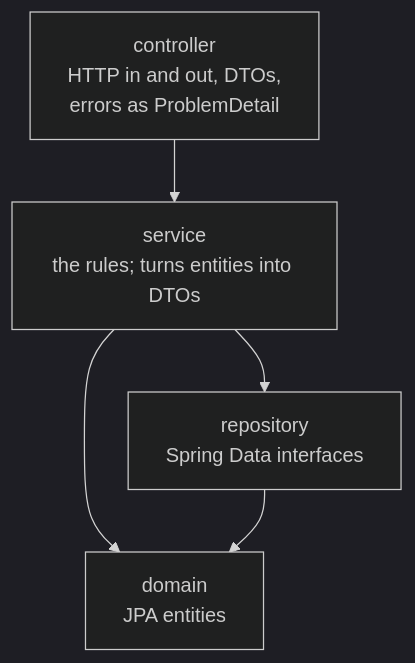
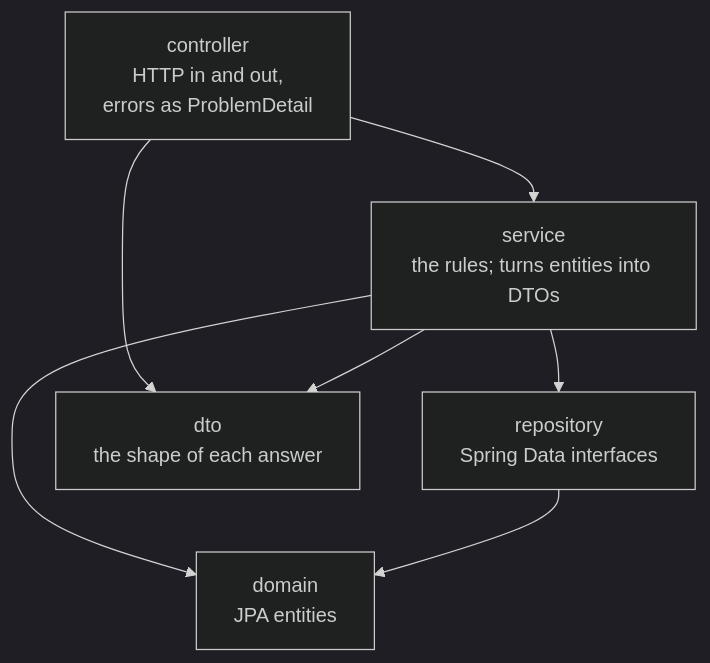
The diagram in decisions/004-layers.md (ezgikardes/zeydem), drawn with Mermaid (dark theme) before and after one commit. The commit also changed other lines of this file, not shown here.

Commit message:
docs(ZEY-12): give the DTOs their own package

````diff
--- a/decisions/004-layers.md
+++ b/decisions/004-layers.md
@@ -20,12 +20,15 @@
 ```mermaid
 flowchart TD
-    controller["controller<br/>HTTP in and out, DTOs,<br/>errors as ProblemDetail"]
+    controller["controller<br/>HTTP in and out,<br/>errors as ProblemDetail"]
     service["service<br/>the rules; turns entities into DTOs"]
     repository["repository<br/>Spring Data interfaces"]
     domain["domain<br/>JPA entities"]
+    dto["dto<br/>the shape of each answer"]
 
     controller --> service
+    controller --> dto
+    service --> dto
     service --> repository
     service --> domain
     repository --> domain
 ```
````
